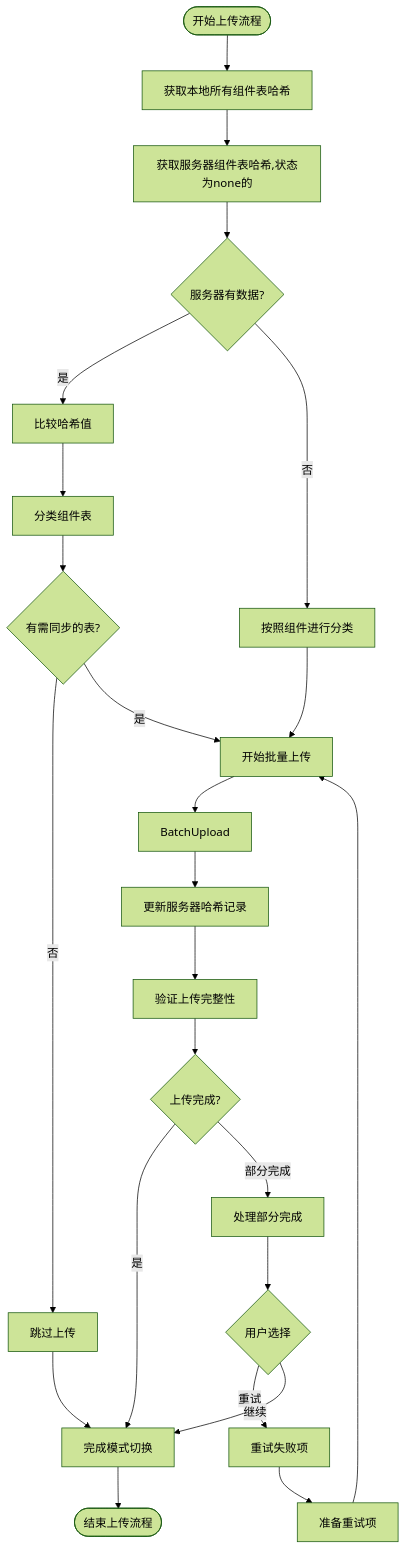
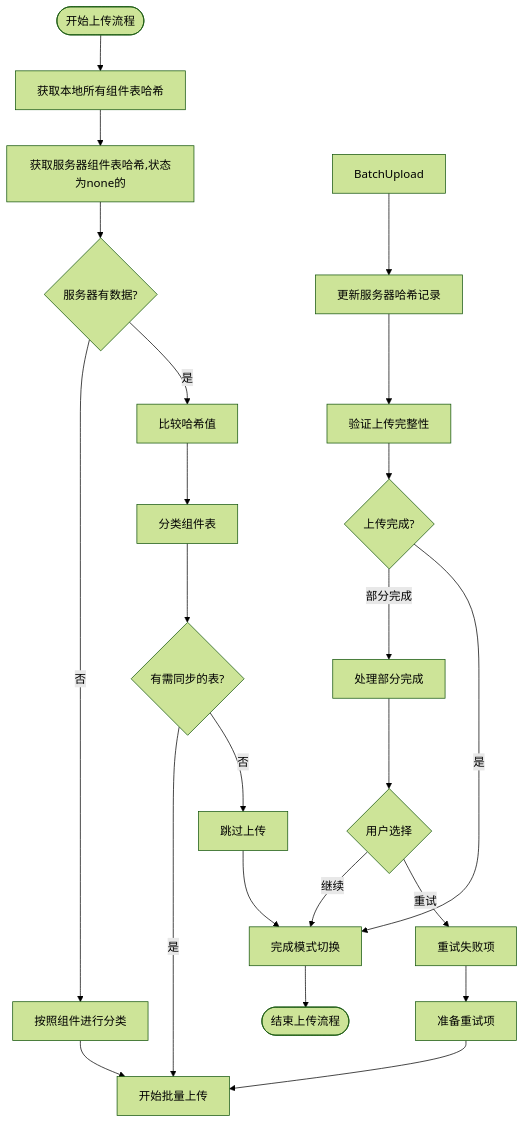
One commit to yingjianzh/iodraw-files changed the diagram in all/未命名-50.md. Above: the diagram before and after it, drawn with Mermaid (forest theme).

Commit message:
2025-05-08 17:14:30 update

````diff
--- a/all/未命名-50.md
+++ b/all/未命名-50.md
@@ -1,39 +1,38 @@
 ```mermaid
 flowchart TD
     Start([开始上传流程]) --> CollectLocalHashes[获取本地所有组件表哈希]
     CollectLocalHashes --> FetchServerHashes[获取服务器组件表哈希,状态为none的]
     
     FetchServerHashes --> ServerHasData{服务器有数据?}
     
     ServerHasData -->|是| CompareHashes[比较哈希值]
     ServerHasData -->|否| ClassifyTables2[按照组件进行分类]
     ClassifyTables2 --> StartBatching[开始批量上传]
     
     CompareHashes --> ClassifyTables[分类组件表]
     ClassifyTables --> HasChanges{有需同步的表?}
     
     HasChanges -->|否| SkipUpload[跳过上传]
     HasChanges -->|是| StartBatching
     
     
     
-    StartBatching --> BatchUpload
     
     BatchUpload --> UpdateServerHashes[更新服务器哈希记录]
     UpdateServerHashes --> VerifyUpload[验证上传完整性]
     
     VerifyUpload --> UploadComplete{上传完成?}
     UploadComplete -->|是| FinalizeMode[完成模式切换]
     UploadComplete -->|部分完成| HandlePartial[处理部分完成]
     
     HandlePartial --> UserChoice{用户选择}
     UserChoice -->|重试| RetryFailed[重试失败项]
     UserChoice -->|继续| FinalizeMode
     
     RetryFailed --> PrepareRetry[准备重试项]
     PrepareRetry --> StartBatching
     
     FinalizeMode --> End([结束上传流程])
     
     SkipUpload --> FinalizeMode
 ```
````
